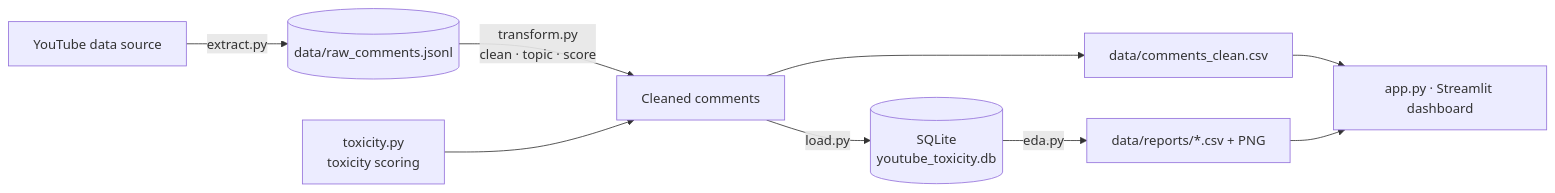
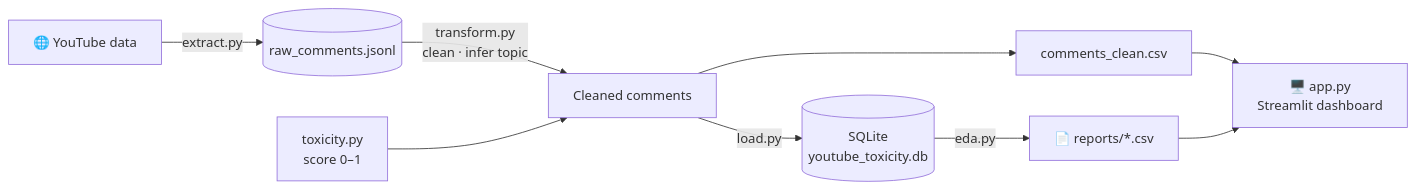
The diagram in README.md (sania-Ashfak/yt-toxicity-analyzer), drawn with Mermaid before and after one commit. The commit also changed other lines of this file, not shown here.

````diff
--- a/README.md
+++ b/README.md
@@ -50,11 +109,11 @@
 ```mermaid
 flowchart LR
-    A[YouTube data source] -->|extract.py| B[(data/raw_comments.jsonl)]
-    B -->|transform.py<br/>clean · topic · score| C[Cleaned comments]
-    T[toxicity.py<br/>toxicity scoring] --> C
+    A[🌐 YouTube data] -->|extract.py| B[(raw_comments.jsonl)]
+    B -->|transform.py<br/>clean · infer topic| C[Cleaned comments]
+    S[toxicity.py<br/>score 0–1] --> C
     C -->|load.py| D[(SQLite<br/>youtube_toxicity.db)]
-    C --> E[data/comments_clean.csv]
-    D -->|eda.py| F[data/reports/*.csv + PNG]
-    E --> G[app.py · Streamlit dashboard]
+    C --> E[comments_clean.csv]
+    D -->|eda.py| F[📄 reports/*.csv]
+    E --> G[🖥️ app.py<br/>Streamlit dashboard]
     F --> G
 ```
````
